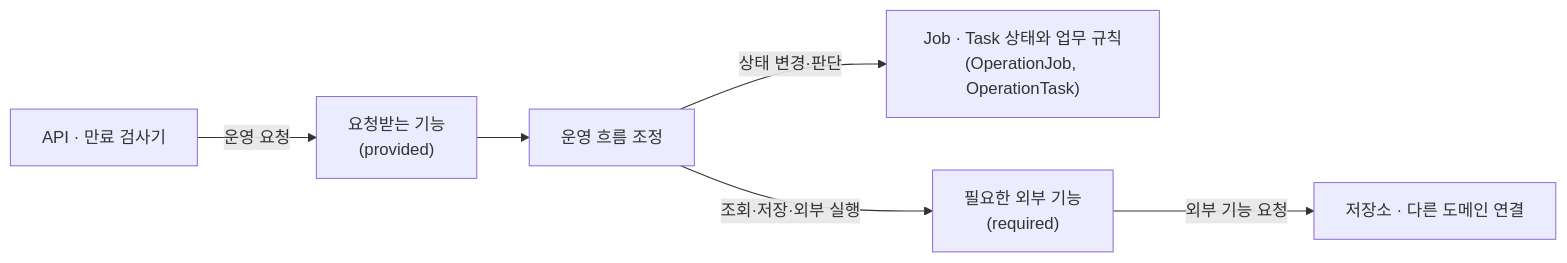
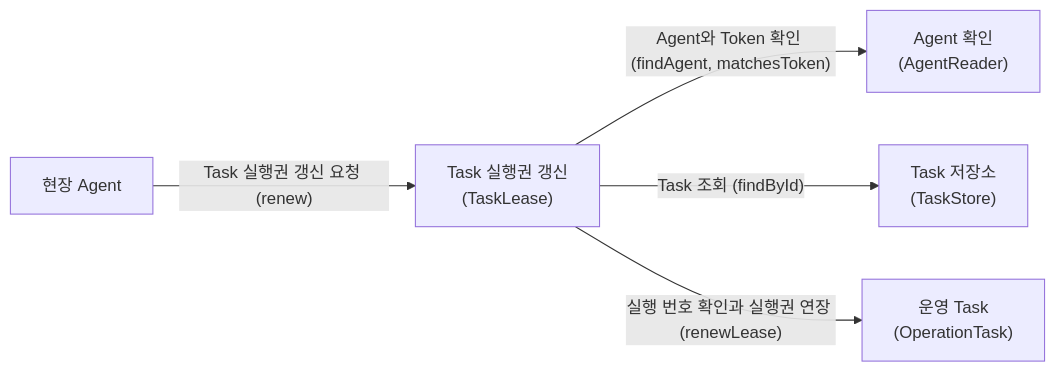
One commit to hsjni0110/db-fleet-ops changed the sixth of 10 diagrams in docs/diagram/도메인 의존 관계.md. Above: the diagram before and after it, drawn with Mermaid. The commit also changed other lines of this file and 291 other files, not shown here.

````diff
--- a/docs/diagram/도메인 의존 관계.md
+++ b/docs/diagram/도메인 의존 관계.md
@@ -41,15 +119,13 @@
 ```mermaid
 flowchart LR
-    ADAPTER_IN[API · 만료 검사기]
-    PROVIDED["요청받는 기능<br/>(provided)"]
-    APPLICATION[운영 흐름 조정]
-    DOMAIN["Job · Task 상태와 업무 규칙<br/>(OperationJob, OperationTask)"]
-    REQUIRED["필요한 외부 기능<br/>(required)"]
-    ADAPTER_OUT[저장소 · 다른 도메인 연결]
+    AGENT[현장 Agent]
+    LEASE["Task 실행권 갱신<br/>(TaskLease)"]
+    AGENTS["Agent 확인<br/>(AgentReader)"]
+    STORE["Task 저장소<br/>(TaskStore)"]
+    TASK["운영 Task<br/>(OperationTask)"]
 
-    ADAPTER_IN -->|운영 요청| PROVIDED
-    PROVIDED --> APPLICATION
-    APPLICATION -->|상태 변경·판단| DOMAIN
-    APPLICATION -->|조회·저장·외부 실행| REQUIRED
-    REQUIRED -->|외부 기능 요청| ADAPTER_OUT
+    AGENT -->|"Task 실행권 갱신 요청 (renew)"| LEASE
+    LEASE -->|"Agent와 Token 확인 (findAgent, matchesToken)"| AGENTS
+    LEASE -->|"Task 조회 (findById)"| STORE
+    LEASE -->|"실행 번호 확인과 실행권 연장 (renewLease)"| TASK
 ```
````
